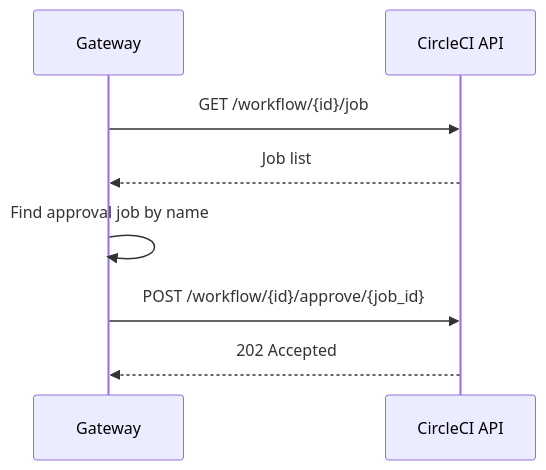
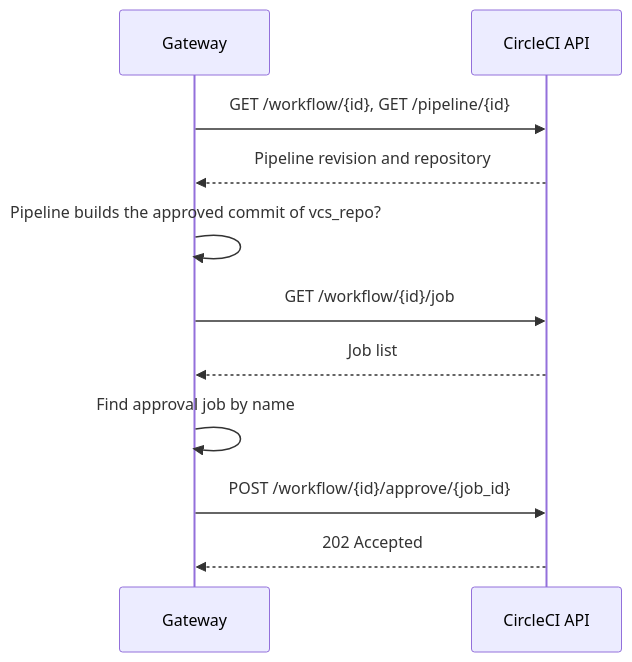
The fourth of 6 diagrams in docs/src/content/docs/integrations/deploy-approvals/workflow.mdx (DocSpring/rack-gateway), drawn with Mermaid before and after one commit. The commit also changed other lines of this file and 108 other files, not shown here.

````diff
--- a/docs/src/content/docs/integrations/deploy-approvals/workflow.mdx
+++ b/docs/src/content/docs/integrations/deploy-approvals/workflow.mdx
@@ -189,11 +193,14 @@
 ```mermaid
 sequenceDiagram
     participant Gateway as Gateway
     participant API as CircleCI API
 
+    Gateway->>API: GET /workflow/{id}, GET /pipeline/{id}
+    API-->>Gateway: Pipeline revision and repository
+    Gateway->>Gateway: Pipeline builds the approved commit of vcs_repo?
     Gateway->>API: GET /workflow/{id}/job
     API-->>Gateway: Job list
     Gateway->>Gateway: Find approval job by name
     Gateway->>API: POST /workflow/{id}/approve/{job_id}
     API-->>Gateway: 202 Accepted
 ```
````
